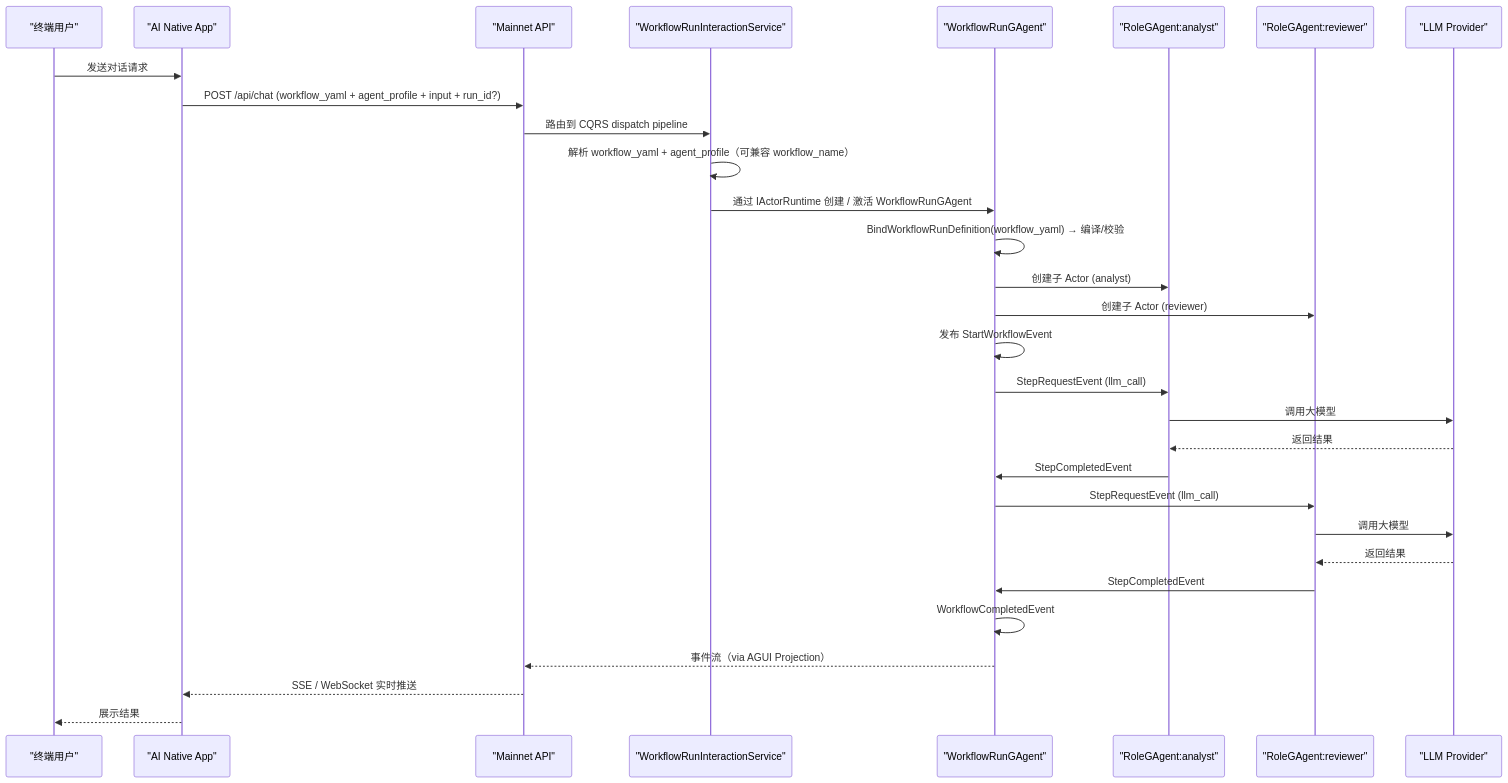
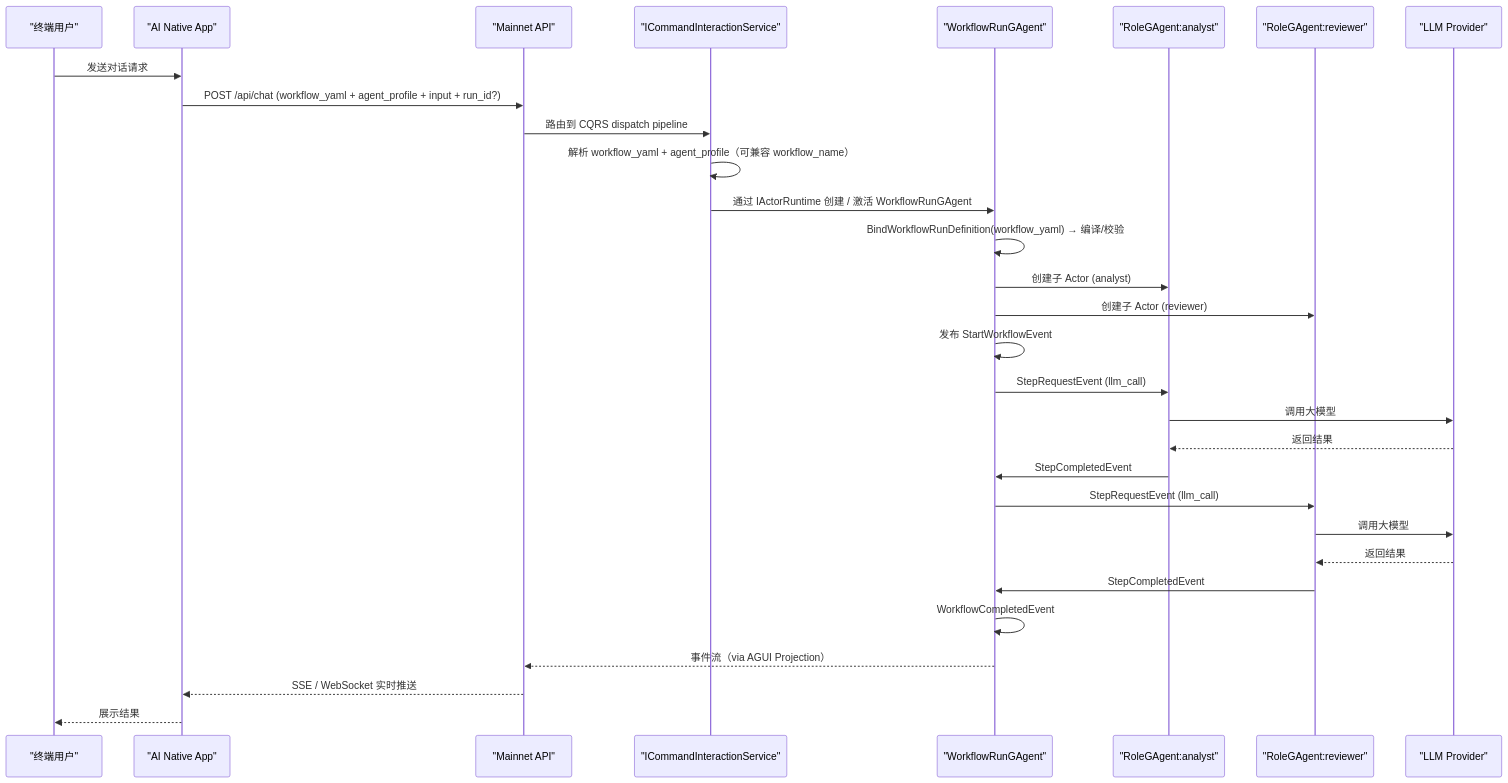
Before and after one commit to aevatarAI/aevatar: the fourth of 19 diagrams in docs/architecture/AEVATAR_MAINNET_ARCHITECTURE.md, drawn with Mermaid. The commit also changed other lines of this file and 77 other files, not shown here.

First line of the commit message:
Refactor command interaction services and enhance CQRS architecture

````diff
--- a/docs/architecture/AEVATAR_MAINNET_ARCHITECTURE.md
+++ b/docs/architecture/AEVATAR_MAINNET_ARCHITECTURE.md
@@ -215,34 +215,34 @@
 ```mermaid
 %%{init: {"maxTextSize": 100000, "sequence": {"useMaxWidth": false}, "themeVariables": {"fontSize": "10px"}}}%%
 sequenceDiagram
     participant User as "终端用户"
     participant App as "AI Native App"
     participant API as "Mainnet API"
-    participant AppSvc as "WorkflowRunInteractionService"
+    participant AppSvc as "ICommandInteractionService"
     participant WFAgent as "WorkflowRunGAgent"
     participant Role1 as "RoleGAgent:analyst"
     participant Role2 as "RoleGAgent:reviewer"
     participant LLM as "LLM Provider"
 
     User->>App: 发送对话请求
     App->>API: POST /api/chat (workflow_yaml + agent_profile + input + run_id?)
     API->>AppSvc: 路由到 CQRS dispatch pipeline
     AppSvc->>AppSvc: 解析 workflow_yaml + agent_profile（可兼容 workflow_name）
     AppSvc->>WFAgent: 通过 IActorRuntime 创建 / 激活 WorkflowRunGAgent
     WFAgent->>WFAgent: BindWorkflowRunDefinition(workflow_yaml) → 编译/校验
     WFAgent->>Role1: 创建子 Actor (analyst)
     WFAgent->>Role2: 创建子 Actor (reviewer)
     WFAgent->>WFAgent: 发布 StartWorkflowEvent
     WFAgent->>Role1: StepRequestEvent (llm_call)
     Role1->>LLM: 调用大模型
     LLM-->>Role1: 返回结果
     Role1->>WFAgent: StepCompletedEvent
     WFAgent->>Role2: StepRequestEvent (llm_call)
     Role2->>LLM: 调用大模型
     LLM-->>Role2: 返回结果
     Role2->>WFAgent: StepCompletedEvent
     WFAgent->>WFAgent: WorkflowCompletedEvent
     WFAgent-->>API: 事件流（via AGUI Projection）
     API-->>App: SSE / WebSocket 实时推送
     App-->>User: 展示结果
 ```
````
